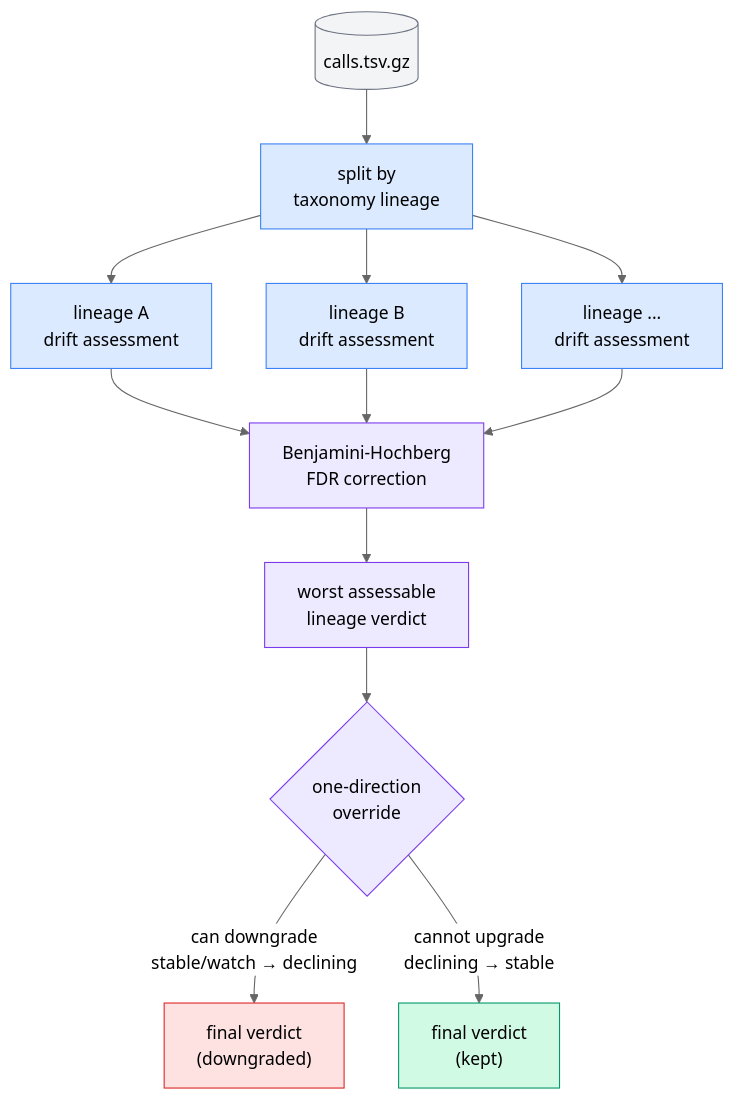
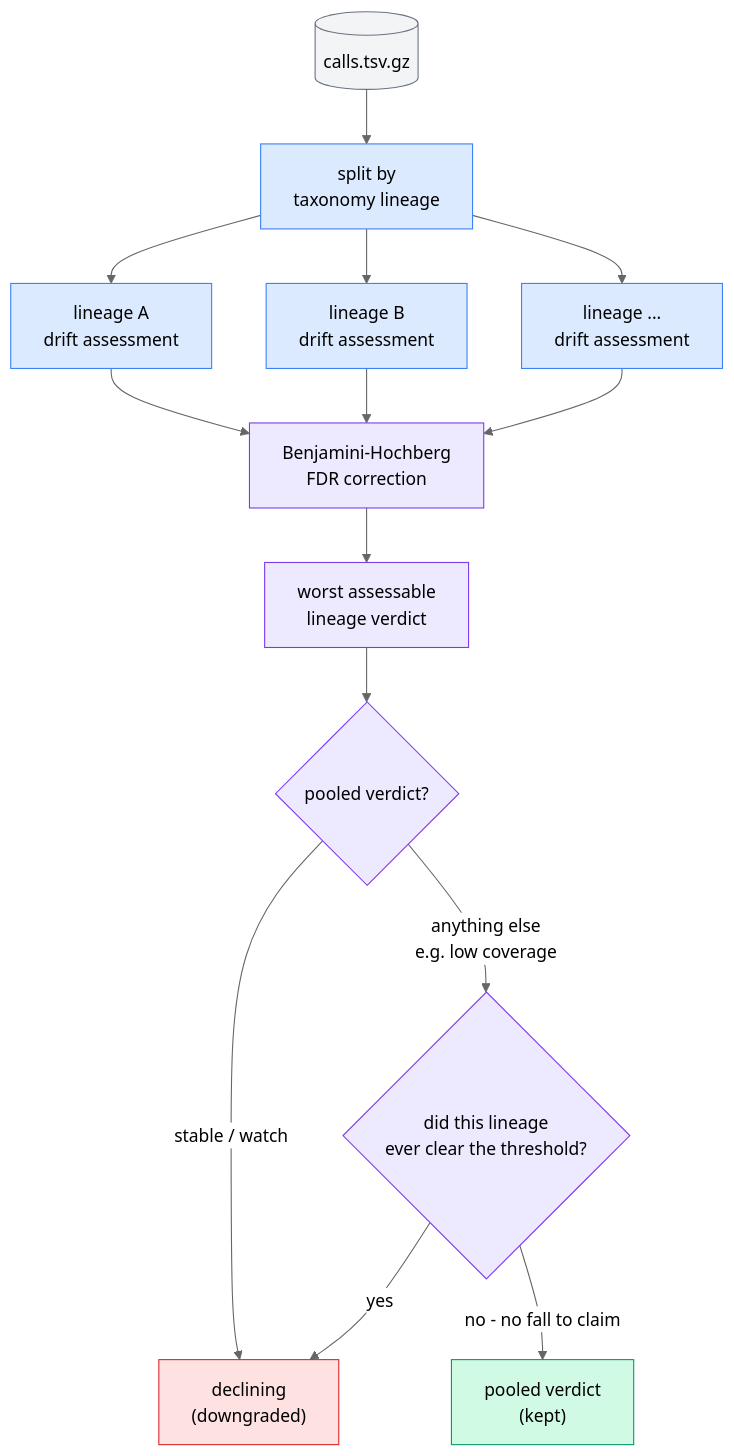
One commit to batyanight/assaywatch changed the seventh of 9 diagrams in docs/pipeline-architecture.md. Above: the diagram before and after it, drawn with Mermaid (neutral theme). The commit also changed other lines of this file, not shown here.

First line of the commit message:
The architecture doc described the lineage override before it was gated

````diff
--- a/docs/pipeline-architecture.md
+++ b/docs/pipeline-architecture.md
@@ -250,23 +259,26 @@
 ```mermaid
 flowchart TD
     CALLS[("calls.tsv.gz")] --> SPLIT["split by\ntaxonomy lineage"]
     SPLIT --> L1["lineage A\ndrift assessment"]
     SPLIT --> L2["lineage B\ndrift assessment"]
     SPLIT --> L3["lineage ...\ndrift assessment"]
     L1 & L2 & L3 --> BH["Benjamini-Hochberg\nFDR correction"]
     BH --> WORST["worst assessable\nlineage verdict"]
-    WORST --> OVR{"one-direction\noverride"}
-    OVR --> |"can downgrade\nstable/watch → declining"| DOWN["final verdict\n(downgraded)"]
-    OVR --> |"cannot upgrade\ndeclining → stable"| KEEP["final verdict\n(kept)"]
+    WORST --> POOL{"pooled verdict?"}
+    POOL --> |"stable / watch"| DOWN["declining\n(downgraded)"]
+    POOL --> |"anything else\ne.g. low coverage"| GATE{"did this lineage\never clear the threshold?"}
+    GATE --> |"yes"| DOWN
+    GATE --> |"no - no fall to claim"| KEEP["pooled verdict\n(kept)"]
 
     style CALLS fill:#f3f4f6,stroke:#6b7280
     style SPLIT fill:#dbeafe,stroke:#3b82f6
     style L1 fill:#dbeafe,stroke:#3b82f6
     style L2 fill:#dbeafe,stroke:#3b82f6
     style L3 fill:#dbeafe,stroke:#3b82f6
     style BH fill:#ede9fe,stroke:#7c3aed
     style WORST fill:#ede9fe,stroke:#7c3aed
-    style OVR fill:#ede9fe,stroke:#7c3aed
+    style POOL fill:#ede9fe,stroke:#7c3aed
+    style GATE fill:#ede9fe,stroke:#7c3aed
     style DOWN fill:#fee2e2,stroke:#dc2626
     style KEEP fill:#d1fae5,stroke:#059669
 ```
````
